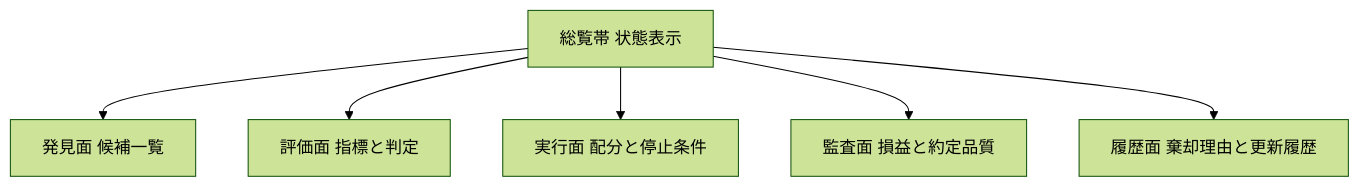
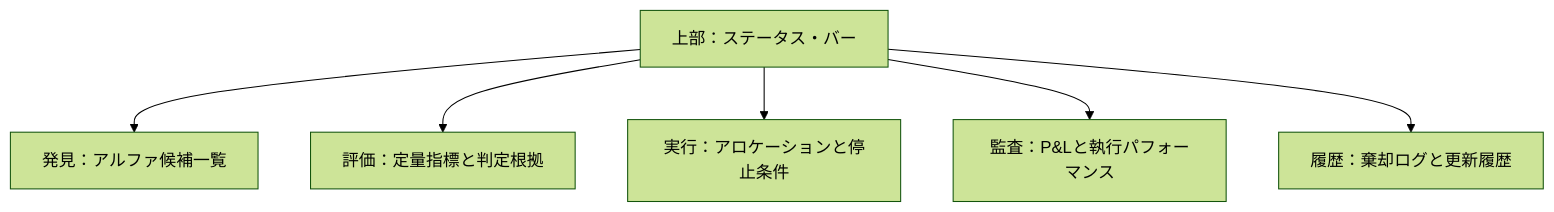
The second of 3 diagrams in docs/specs/frontend.md (KAFKA2306/investor), drawn with Mermaid (forest theme) before and after one commit. The commit also changed other lines of this file and 6 other files, not shown here.

````diff
--- a/docs/specs/frontend.md
+++ b/docs/specs/frontend.md
@@ -38,15 +37,15 @@
 ```mermaid
 flowchart TD
-    総覧帯["総覧帯 状態表示"]
-    発見面["発見面 候補一覧"]
-    評価面["評価面 指標と判定"]
-    実行面["実行面 配分と停止条件"]
-    監査面["監査面 損益と約定品質"]
-    履歴面["履歴面 棄却理由と更新履歴"]
+    総覧帯["上部：ステータス・バー"]
+    発見面["発見：アルファ候補一覧"]
+    評価面["評価：定量指標と判定根拠"]
+    実行面["実行：アロケーションと停止条件"]
+    監査面["監査：P&Lと執行パフォーマンス"]
+    履歴面["履歴：棄却ログと更新履歴"]
 
     総覧帯 --> 発見面
     総覧帯 --> 評価面
     総覧帯 --> 実行面
     総覧帯 --> 監査面
     総覧帯 --> 履歴面
 ```
````
